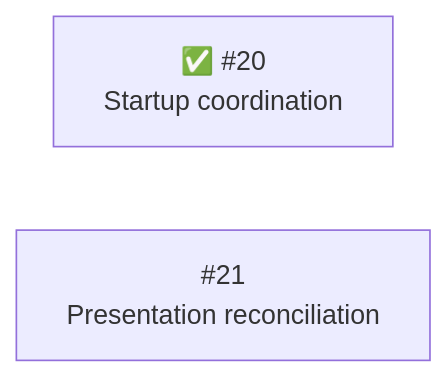
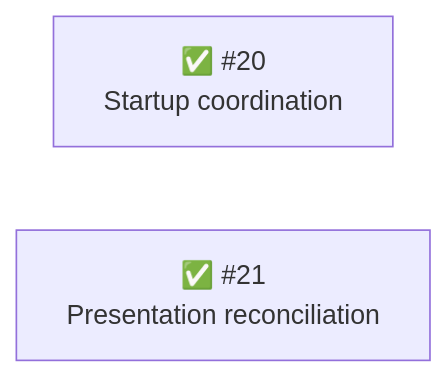
One commit to Jopqior/gotgenes-pi-packages changed the sixth of 6 diagrams in packages/pi-subagents/docs/architecture/architecture.md. Above: the diagram before and after it, drawn with Mermaid. The commit also changed other lines of this file and 2 other files, not shown here.

Commit message:
docs(pi-subagents): record presentation reconciliation evidence

````diff
--- a/packages/pi-subagents/docs/architecture/architecture.md
+++ b/packages/pi-subagents/docs/architecture/architecture.md
@@ -958,5 +960,5 @@
 ```mermaid
 flowchart LR
     S20["✅ #20<br/>Startup coordination"]
-    S21["#21<br/>Presentation reconciliation"]
+    S21["✅ #21<br/>Presentation reconciliation"]
 ```
````
